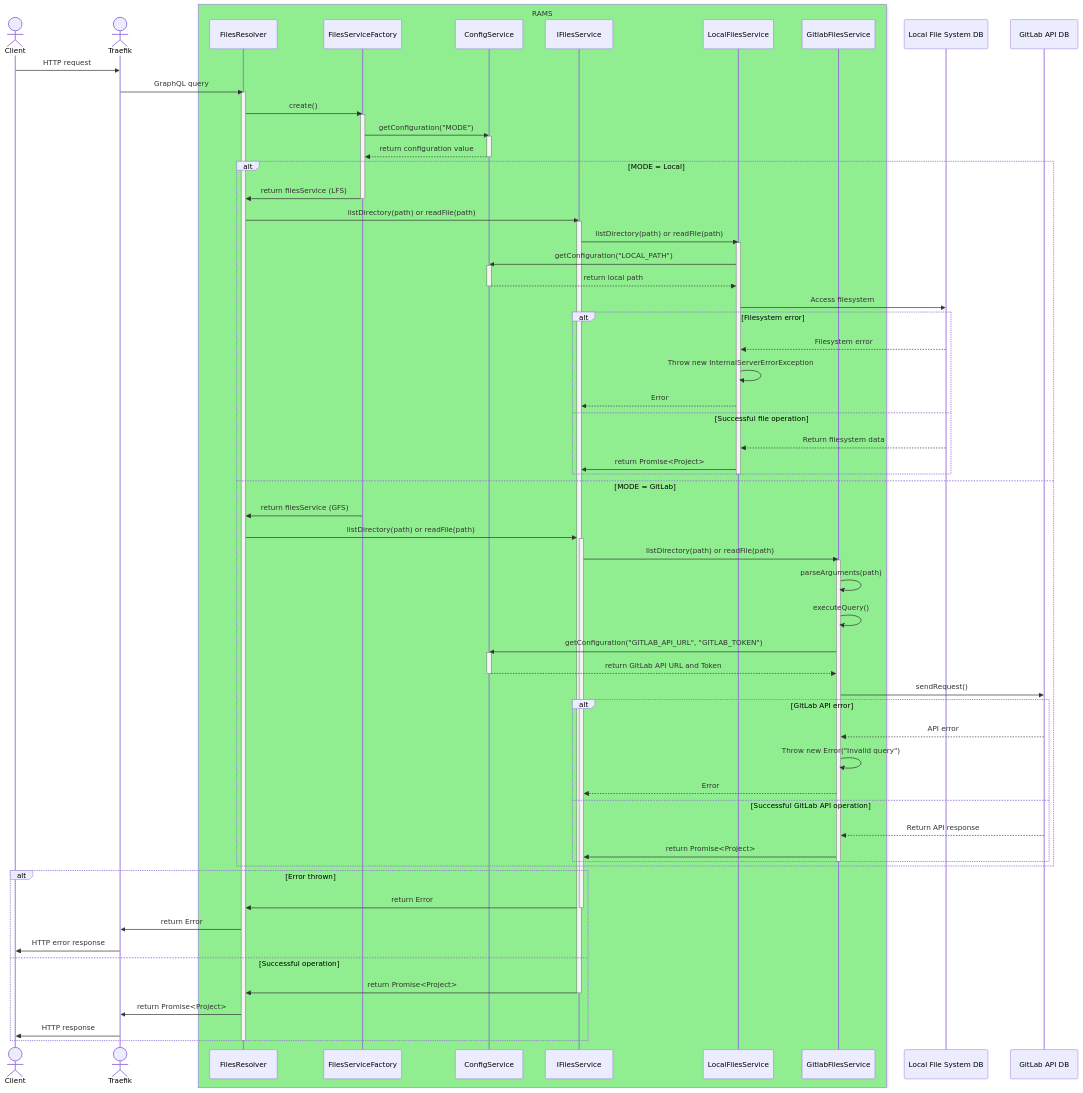
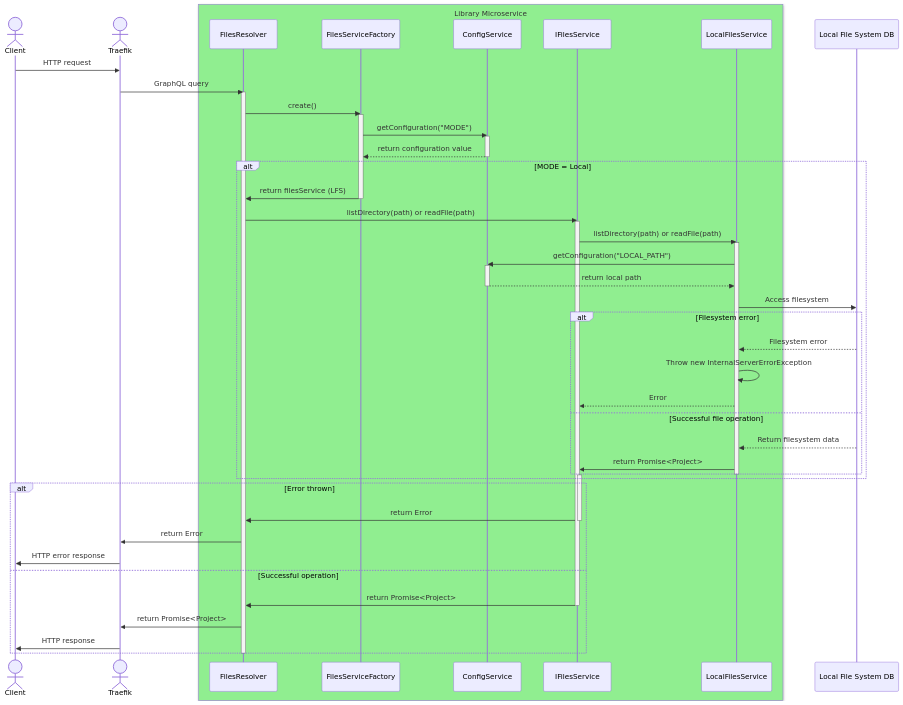
The diagram in docs/developer/servers/lib/lib-sequence.mmd (INTO-CPS-Association/DTaaS), drawn with Mermaid before and after one commit. The commit also changed 4 other files, not shown here.

Commit message:
upgrades libms UML diagrams

```diff
--- a/docs/developer/servers/lib/lib-sequence.mmd
+++ b/docs/developer/servers/lib/lib-sequence.mmd
@@ -1,99 +1,69 @@
 sequenceDiagram
     actor Client
     actor Traefik
-    
-    box LightGreen RAMS
+
+    box LightGreen Library Microservice
     participant FR as FilesResolver
     participant FSF as FilesServiceFactory
-    participant CS as ConfigService 
+    participant CS as ConfigService
     participant IFS as IFilesService
     participant LFS as LocalFilesService
-    participant GFS as GitlabFilesService
     end
 
     participant FS as Local File System DB
-    participant GAPI as GitLab API DB
 
     Client ->> Traefik : HTTP request
     Traefik ->> FR : GraphQL query
     activate FR
 
     FR ->> FSF : create()
     activate FSF
 
     FSF ->> CS : getConfiguration("MODE")
     activate CS
 
     CS -->> FSF : return configuration value
     deactivate CS
 
     alt MODE = Local
     FSF ->> FR : return filesService (LFS)
     deactivate FSF
 
     FR ->> IFS : listDirectory(path) or readFile(path)
     activate IFS
 
     IFS ->> LFS : listDirectory(path) or readFile(path)
     activate LFS
 
     LFS ->> CS : getConfiguration("LOCAL_PATH")
     activate CS
 
     CS -->> LFS : return local path
     deactivate CS
 
     LFS ->> FS : Access filesystem
     alt Filesystem error
         FS -->> LFS : Filesystem error
         LFS ->> LFS : Throw new InternalServerErrorException
         LFS -->> IFS : Error
     else Successful file operation
         FS -->> LFS : Return filesystem data
         LFS ->> IFS : return Promise<Project>
     end
     deactivate LFS
-    else MODE = GitLab
-        FSF ->> FR : return filesService (GFS)
-        %%deactivate FSF
-
-    FR ->> IFS : listDirectory(path) or readFile(path)
     activate IFS
-
-    IFS ->> GFS : listDirectory(path) or readFile(path)
-    activate GFS
-
-    GFS ->> GFS : parseArguments(path)
-    GFS ->> GFS : executeQuery()
-
-    GFS ->> CS : getConfiguration("GITLAB_API_URL", "GITLAB_TOKEN")
-    activate CS
-
-    CS -->> GFS : return GitLab API URL and Token
-    deactivate CS
-
-    GFS ->> GAPI : sendRequest()
-    alt GitLab API error
-        GAPI -->> GFS : API error
-        GFS ->> GFS : Throw new Error("Invalid query")
-        GFS -->> IFS : Error
-    else Successful GitLab API operation
-        GAPI -->> GFS : Return API response
-        GFS ->> IFS : return Promise<Project>
-    end
-    deactivate GFS
     end
 
     alt Error thrown
     IFS ->> FR : return Error
     deactivate IFS
     FR ->> Traefik : return Error
     Traefik ->> Client : HTTP error response
     else Successful operation
     IFS ->> FR : return Promise<Project>
     deactivate IFS
     FR ->> Traefik : return Promise<Project>
     Traefik ->> Client : HTTP response
     end
 
     deactivate FR
```
